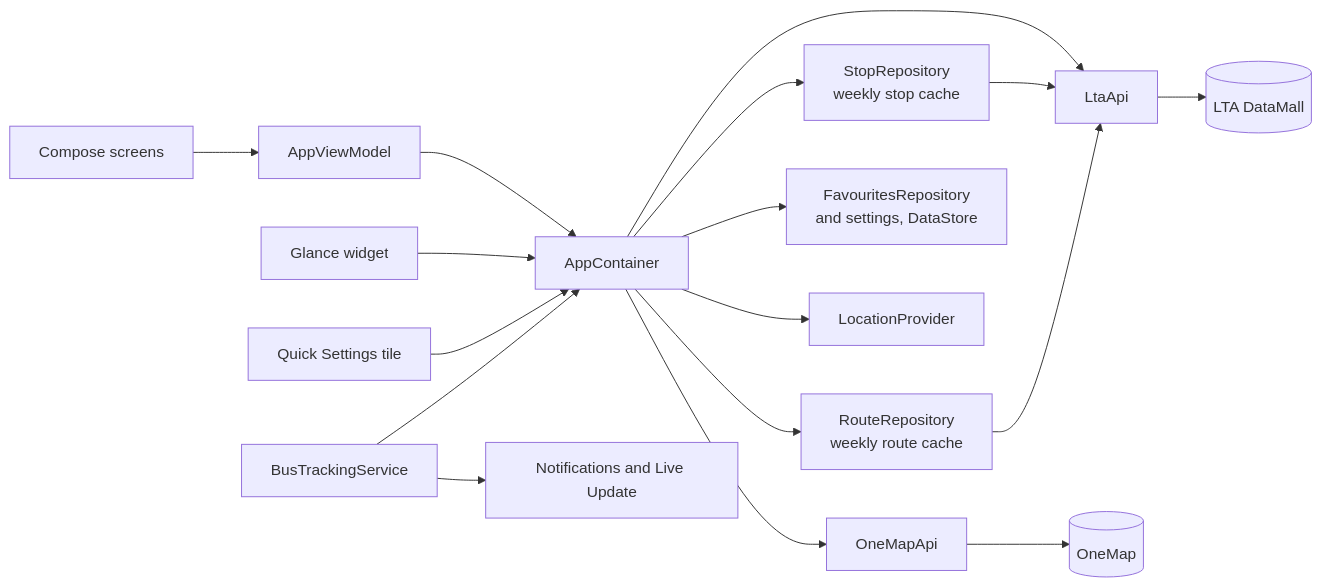
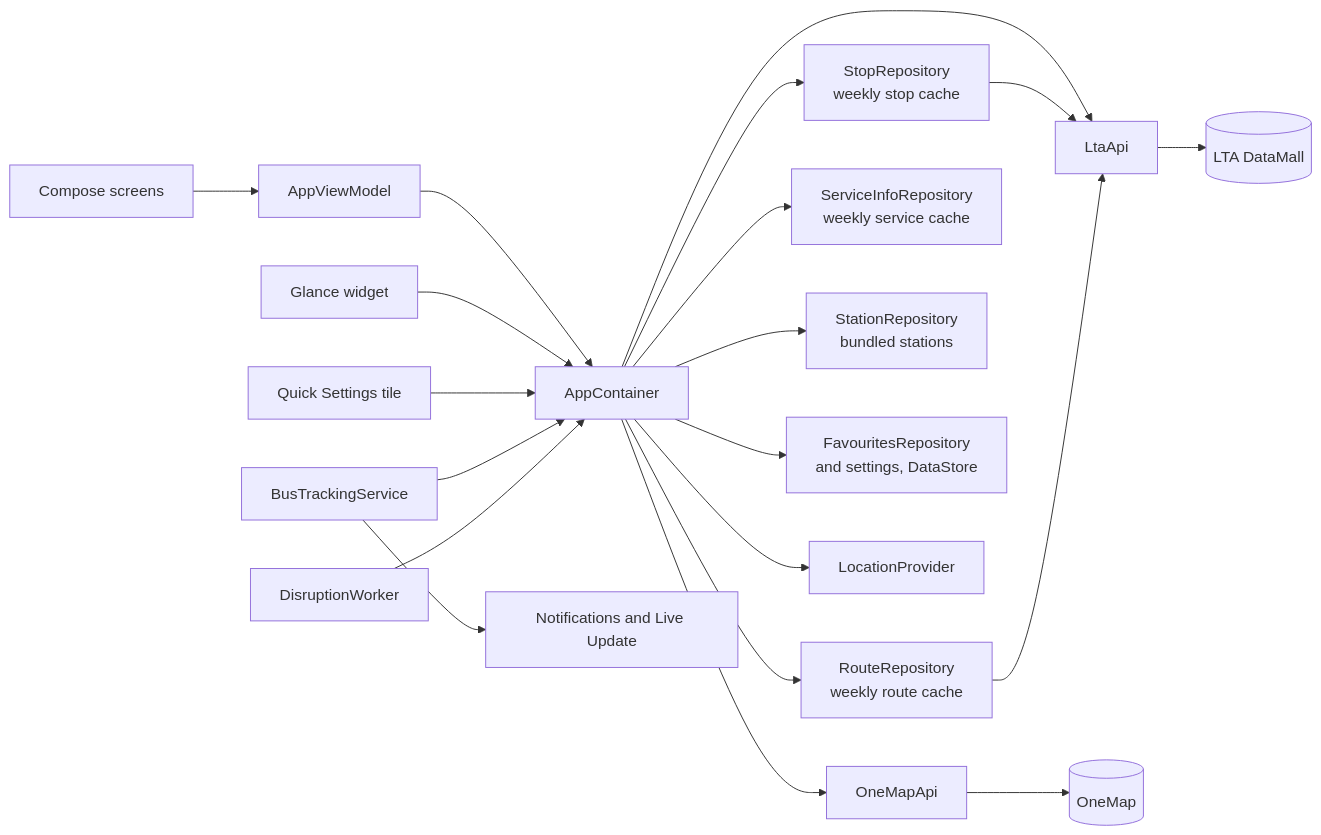
The diagram in README.md (hoshinoht/tsugi), drawn with Mermaid before and after one commit. The commit also changed other lines of this file and 5 other files, not shown here.

````diff
--- a/README.md
+++ b/README.md
@@ -77,17 +86,20 @@
 ```mermaid
 flowchart LR
     UI[Compose screens] --> VM[AppViewModel]
     VM --> C[AppContainer]
     W[Glance widget] --> C
     Q[Quick Settings tile] --> C
     T[BusTrackingService] --> C
     C --> S[StopRepository<br/>weekly stop cache]
     C --> R[RouteRepository<br/>weekly route cache]
+    C --> SI[ServiceInfoRepository<br/>weekly service cache]
+    C --> ST[StationRepository<br/>bundled stations]
+    D[DisruptionWorker] --> C
     C --> F[FavouritesRepository<br/>and settings, DataStore]
     C --> L[LocationProvider]
     C --> LTA[LtaApi] --> DM[(LTA DataMall)]
     C --> OM[OneMapApi] --> OMS[(OneMap)]
     S --> LTA
     R --> LTA
     T --> N[Notifications and Live Update]
 ```
````
